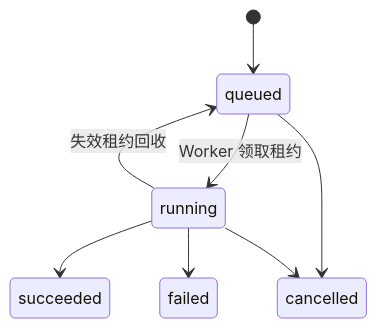
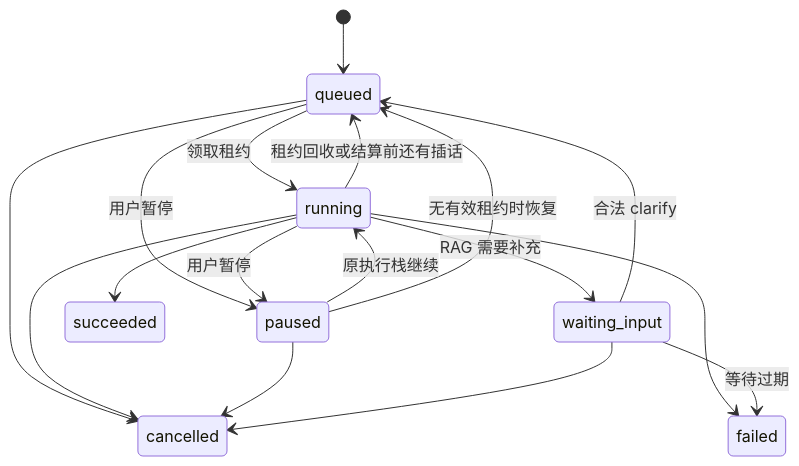
One commit to CyberXtremeWonder/YugiTalk changed the second of 2 diagrams in docs/ARCHITECTURE.md. Above: the diagram before and after it, drawn with Mermaid. The commit also changed other lines of this file and 394 other files, not shown here.

````diff
--- a/docs/ARCHITECTURE.md
+++ b/docs/ARCHITECTURE.md
@@ -93,10 +58,19 @@
 ```mermaid
 stateDiagram-v2
     [*] --> queued
-    queued --> running: Worker 领取租约
-    running --> queued: 失效租约回收
+    queued --> running: 领取租约
+    queued --> paused: 用户暂停
+    running --> paused: 用户暂停
+    paused --> running: 原执行栈继续
+    paused --> queued: 无有效租约时恢复
+    running --> waiting_input: RAG 需要补充
+    waiting_input --> queued: 合法 clarify
+    running --> queued: 租约回收或结算前还有插话
     running --> succeeded
     running --> failed
+    waiting_input --> failed: 等待过期
     queued --> cancelled
     running --> cancelled
+    paused --> cancelled
+    waiting_input --> cancelled
 ```
````
